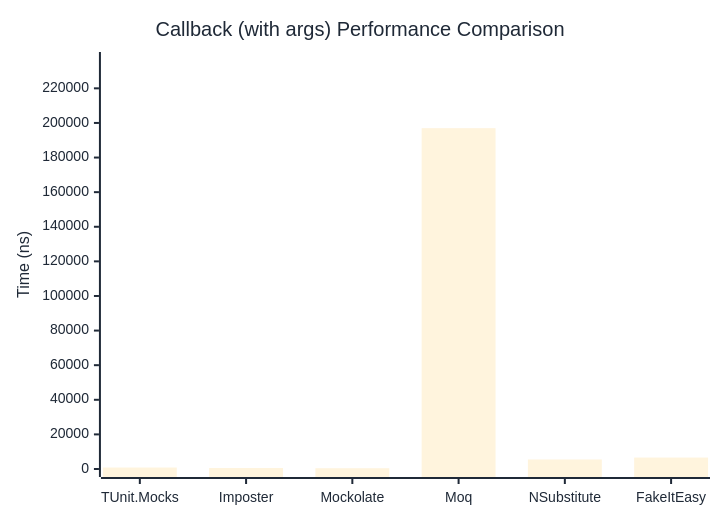
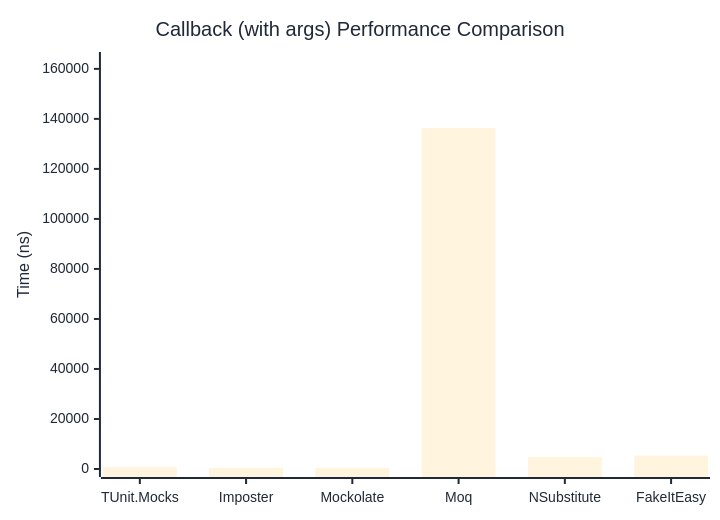
Before and after one commit to thomhurst/TUnit: the second of 2 diagrams in docs/docs/benchmarks/mocks/Callback.md, drawn with Mermaid. The commit also changed other lines of this file and 14 other files, not shown here.

````diff
--- a/docs/docs/benchmarks/mocks/Callback.md
+++ b/docs/docs/benchmarks/mocks/Callback.md
@@ -71,27 +71,27 @@
 ```mermaid
 %%{init: {
   'theme':'base',
   'themeVariables': {
     'primaryColor': '#2563eb',
     'primaryTextColor': '#1f2937',
     'primaryBorderColor': '#1e40af',
     'lineColor': '#6b7280',
     'secondaryColor': '#7c3aed',
     'tertiaryColor': '#dc2626',
     'background': '#ffffff',
     'pie1': '#2563eb',
     'pie2': '#7c3aed',
     'pie3': '#dc2626',
     'pie4': '#f59e0b',
     'pie5': '#10b981',
     'pie6': '#06b6d4',
     'pie7': '#ec4899',
     'pie8': '#6366f1'
   }
 }}%%
 xychart-beta
   title "Callback (with args) Performance Comparison"
   x-axis ["TUnit.Mocks", "Imposter", "Mockolate", "Moq", "NSubstitute", "FakeItEasy"]
-  y-axis "Time (ns)" 0 --> 236378
-  bar [852.5, 582.3, 456.7, 196981.5, 5503.5, 6605.3]
+  y-axis "Time (ns)" 0 --> 163545
+  bar [733.8, 493.5, 380.1, 136286.9, 4787.1, 5338.3]
 ```
````
